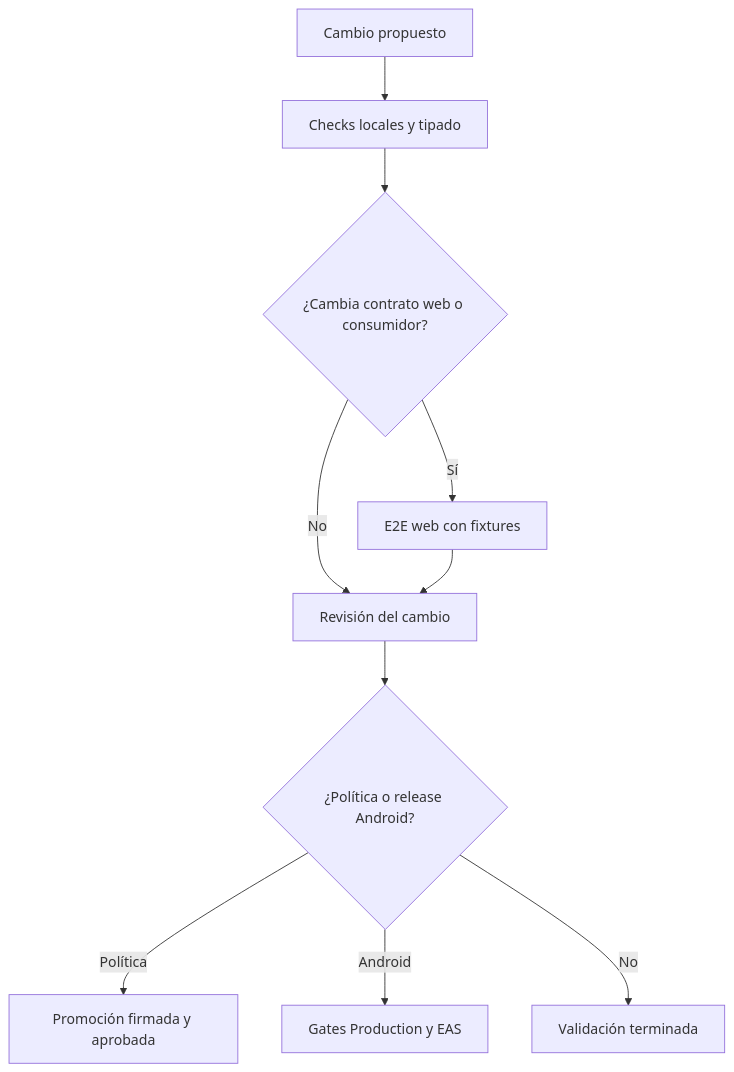
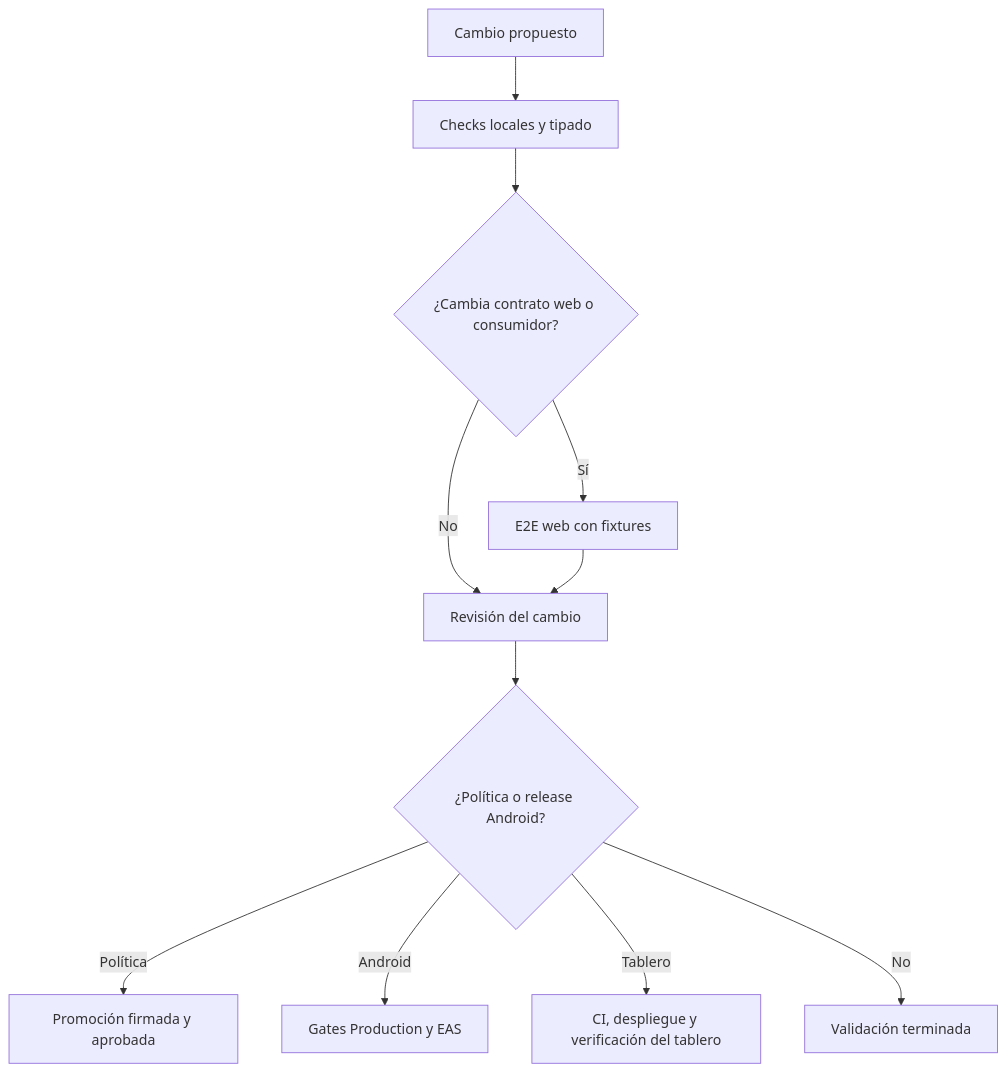
Before and after one commit to maximofn/gymnasia: the first of 4 diagrams in openwiki/operations/build-release-and-testing.md, drawn with Mermaid. The commit also changed other lines of this file and 21 other files, not shown here.

````diff
--- a/openwiki/operations/build-release-and-testing.md
+++ b/openwiki/operations/build-release-and-testing.md
@@ -78,12 +90,13 @@
 ```mermaid
 flowchart TD
     Change["Cambio propuesto"] --> Local["Checks locales y tipado"]
     Local --> Scope{"¿Cambia contrato web o consumidor?"}
     Scope -->|"Sí"| Web["E2E web con fixtures"]
     Scope -->|"No"| Review["Revisión del cambio"]
     Web --> Review
     Review --> Sensitive{"¿Política o release Android?"}
     Sensitive -->|"Política"| Signed["Promoción firmada y aprobada"]
     Sensitive -->|"Android"| Release["Gates Production y EAS"]
+    Sensitive -->|"Tablero"| Board["CI, despliegue y verificación del tablero"]
     Sensitive -->|"No"| Done["Validación terminada"]
 ```
````
